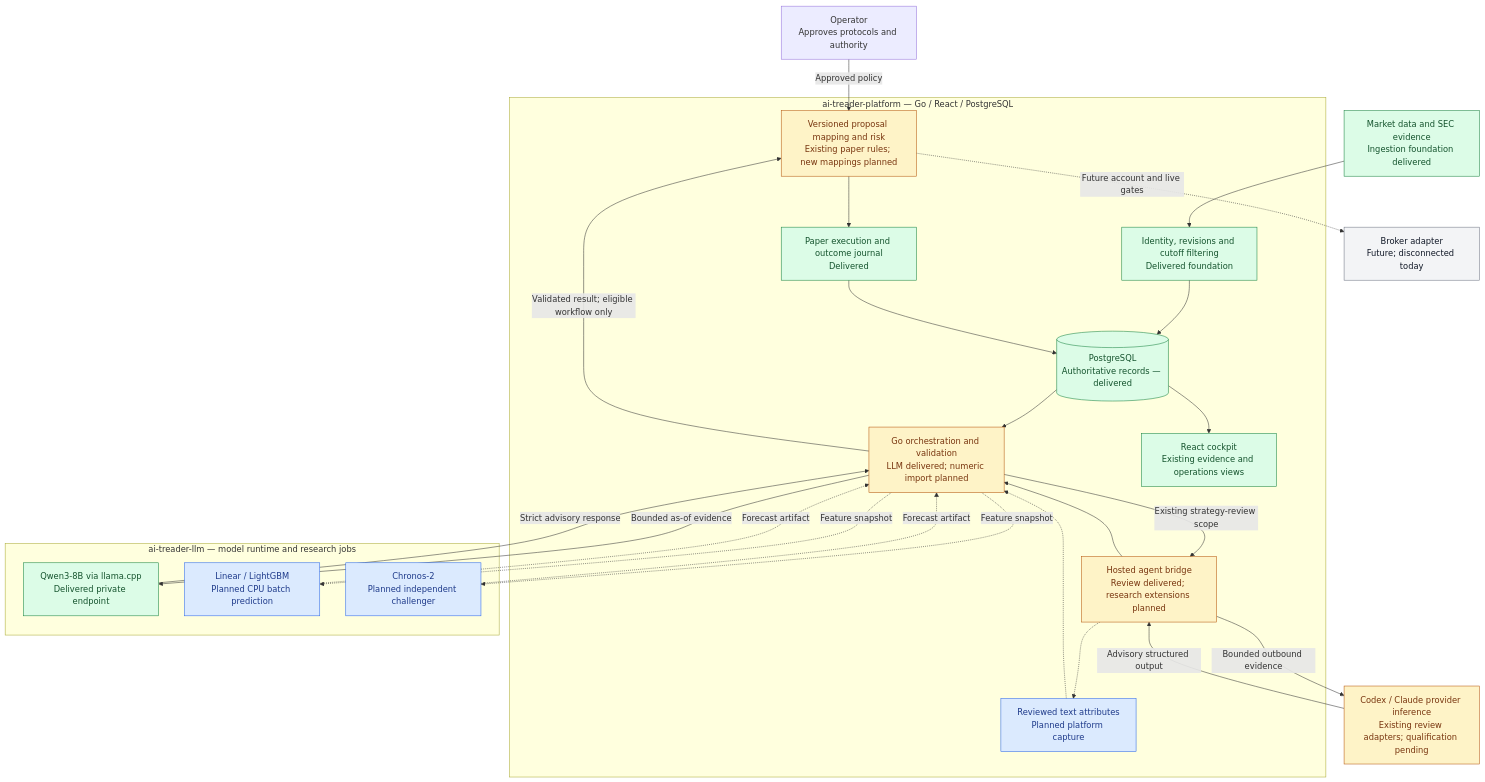
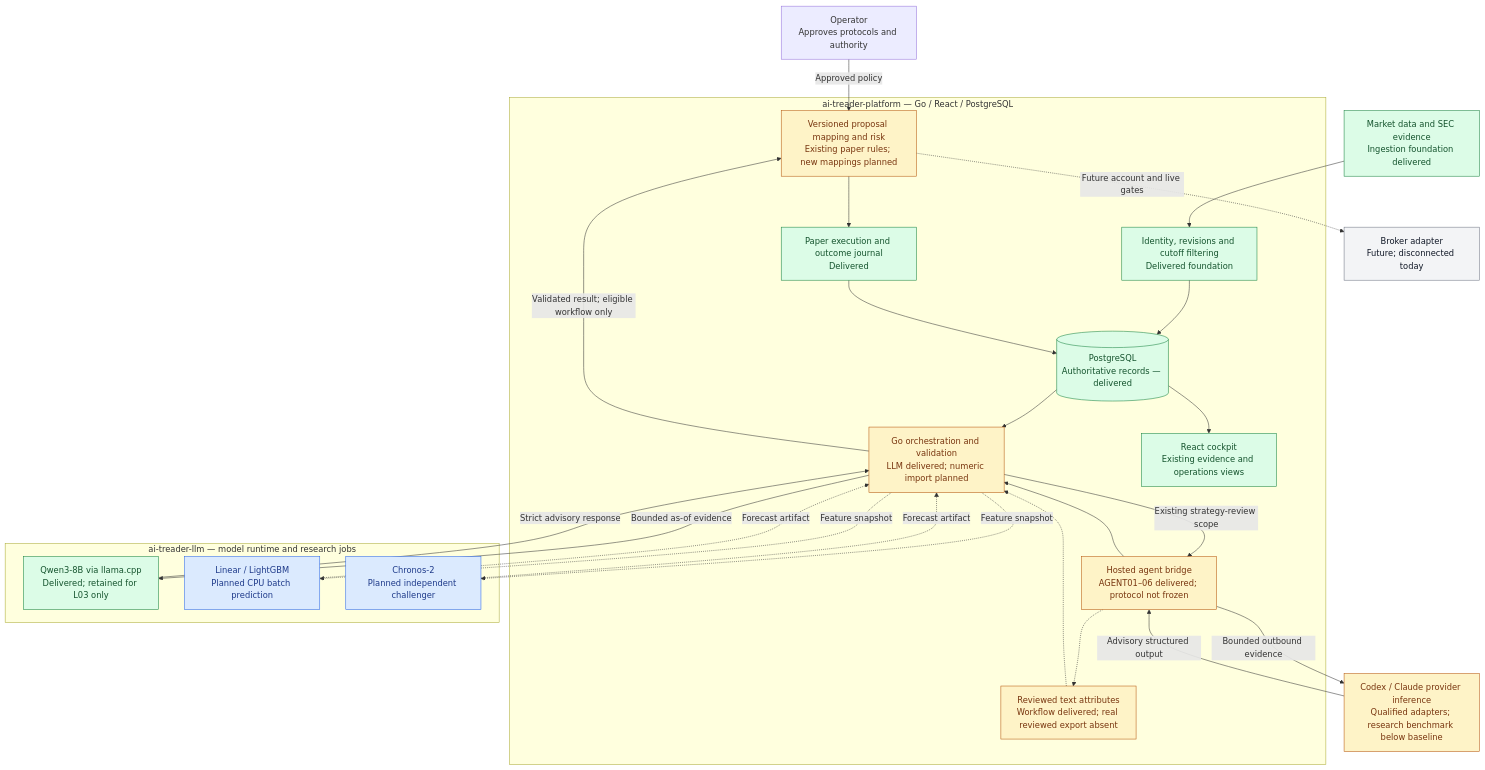
One commit to ragabi-ops/ai-treader-llm changed the first of 6 diagrams in architecture.md. Above: the diagram before and after it, drawn with Mermaid. The commit also changed other lines of this file and 25 other files, not shown here.

Commit message:
refactor: align llm repo with cpu-first architecture (#9)

````diff
--- a/architecture.md
+++ b/architecture.md
@@ -46,52 +50,53 @@
 ```mermaid
 flowchart TB
     Operator["Operator<br/>Approves protocols and authority"]
     Sources["Market data and SEC evidence<br/>Ingestion foundation delivered"]
 
     subgraph Platform["ai-treader-platform — Go / React / PostgreSQL"]
         PIT["Identity, revisions and cutoff filtering<br/>Delivered foundation"]
         DB[("PostgreSQL<br/>Authoritative records — delivered")]
-        Bridge["Hosted agent bridge<br/>Review delivered; research extensions planned"]
-        Text["Reviewed text attributes<br/>Planned platform capture"]
+        Bridge["Hosted agent bridge<br/>AGENT01–06 delivered; protocol not frozen"]
+        Text["Reviewed text attributes<br/>Workflow delivered; real reviewed export absent"]
         Worker["Go orchestration and validation<br/>LLM delivered; numeric import planned"]
         Rules["Versioned proposal mapping and risk<br/>Existing paper rules; new mappings planned"]
         Paper["Paper execution and outcome journal<br/>Delivered"]
         UI["React cockpit<br/>Existing evidence and operations views"]
     end
 
     subgraph Models["ai-treader-llm — model runtime and research jobs"]
-        Qwen["Qwen3-8B via llama.cpp<br/>Delivered private endpoint"]
+        Qwen["Qwen3-8B via llama.cpp<br/>Delivered; retained for L03 only"]
         Trees["Linear / LightGBM<br/>Planned CPU batch prediction"]
         Chronos["Chronos-2<br/>Planned independent challenger"]
     end
 
-    Hosted["Codex / Claude provider inference<br/>Existing review adapters; qualification pending"]
+    Hosted["Codex / Claude provider inference<br/>Qualified adapters; research benchmark below baseline"]
     Broker["Broker adapter<br/>Future; disconnected today"]
     Sources --> PIT --> DB
     DB --> Worker
     Worker -->|Bounded as-of evidence| Qwen
     Qwen -->|Strict advisory response| Worker
     Worker -.->|Feature snapshot| Trees
     Worker -.->|Feature snapshot| Chronos
     Trees -.->|Forecast artifact| Worker
     Chronos -.->|Forecast artifact| Worker
     Worker -->|Existing strategy-review scope| Bridge
     Bridge -->|Bounded outbound evidence| Hosted
     Hosted -->|Advisory structured output| Bridge
     Bridge --> Worker
     Bridge -.-> Text -.-> Worker
     Worker -->|Validated result; eligible workflow only| Rules
     Operator -->|Approved policy| Rules
     Rules --> Paper --> DB
     DB --> UI
     Rules -.->|Future account and live gates| Broker
 
     classDef delivered fill:#dcfce7,stroke:#15803d,color:#14532d;
     classDef partial fill:#fef3c7,stroke:#b45309,color:#78350f;
     classDef planned fill:#dbeafe,stroke:#2563eb,color:#1e3a8a;
     classDef future fill:#f3f4f6,stroke:#6b7280,color:#111827;
     class Sources,PIT,DB,Qwen,Paper,UI delivered;
     class Worker,Rules,Bridge,Hosted partial;
-    class Trees,Chronos,Text planned;
+    class Trees,Chronos planned;
+    class Text partial;
     class Broker future;
 ```
````
